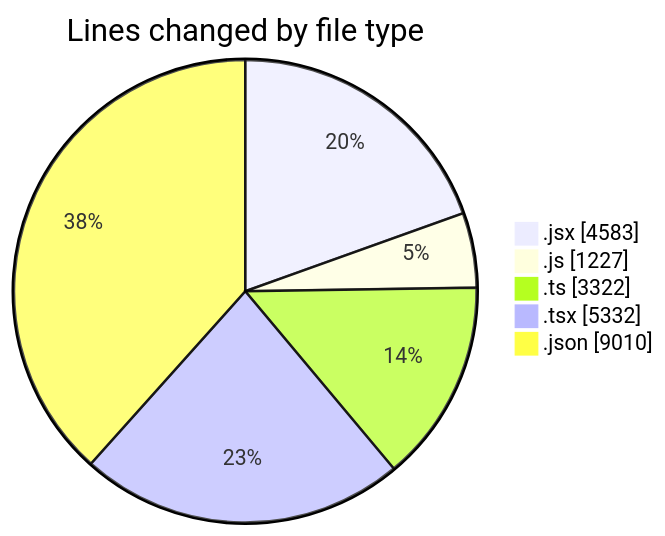
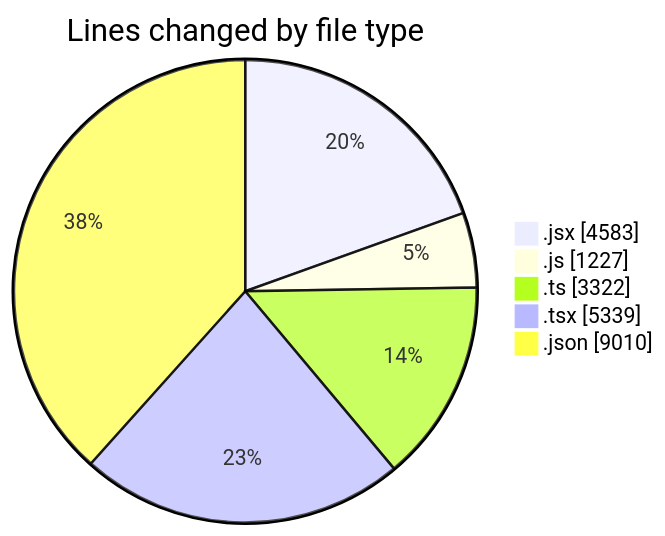
The first of 2 diagrams in 2026-01-21/nxtqube_webapp/README.md (nxtqubesakshisongat/code-tracking), drawn with Mermaid before and after one commit. The commit also changed other lines of this file and 1 other file, not shown here.

````diff
--- a/2026-01-21/nxtqube_webapp/README.md
+++ b/2026-01-21/nxtqube_webapp/README.md
@@ -35,9 +35,9 @@
 ```mermaid
 pie showData
 title Lines changed by file type
 ".jsx" : 4583
 ".js" : 1227
 ".ts" : 3322
-".tsx" : 5332
+".tsx" : 5339
 ".json" : 9010
 ```
````
